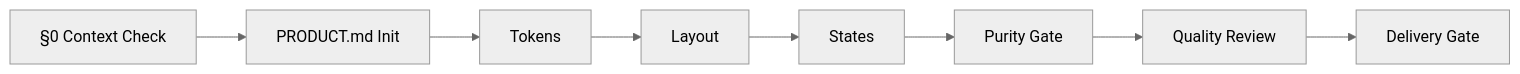
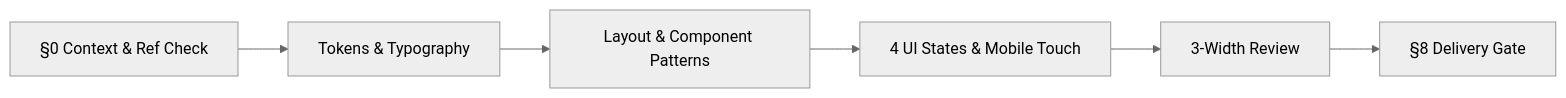
Before and after one commit to giriedu/maxilun: the diagram in skills/maxilun-craft/SKILL.md, drawn with Mermaid (neutral theme). The commit also changed other lines of this file and 46 other files, not shown here.

````diff
--- a/skills/maxilun-craft/SKILL.md
+++ b/skills/maxilun-craft/SKILL.md
@@ -195,10 +103,8 @@
 ```mermaid
 flowchart LR
-    A[§0 Context Check] --> B[PRODUCT.md Init]
-    B --> C[Tokens]
-    C --> D[Layout]
-    D --> E[States]
-    E --> F[Purity Gate]
-    F --> G[Quality Review]
-    G --> H[Delivery Gate]
+    A[§0 Context & Ref Check] --> B[Tokens & Typography]
+    B --> C[Layout & Component Patterns]
+    C --> D[4 UI States & Mobile Touch]
+    D --> E[3-Width Review]
+    E --> F[§8 Delivery Gate]
 ```
````
